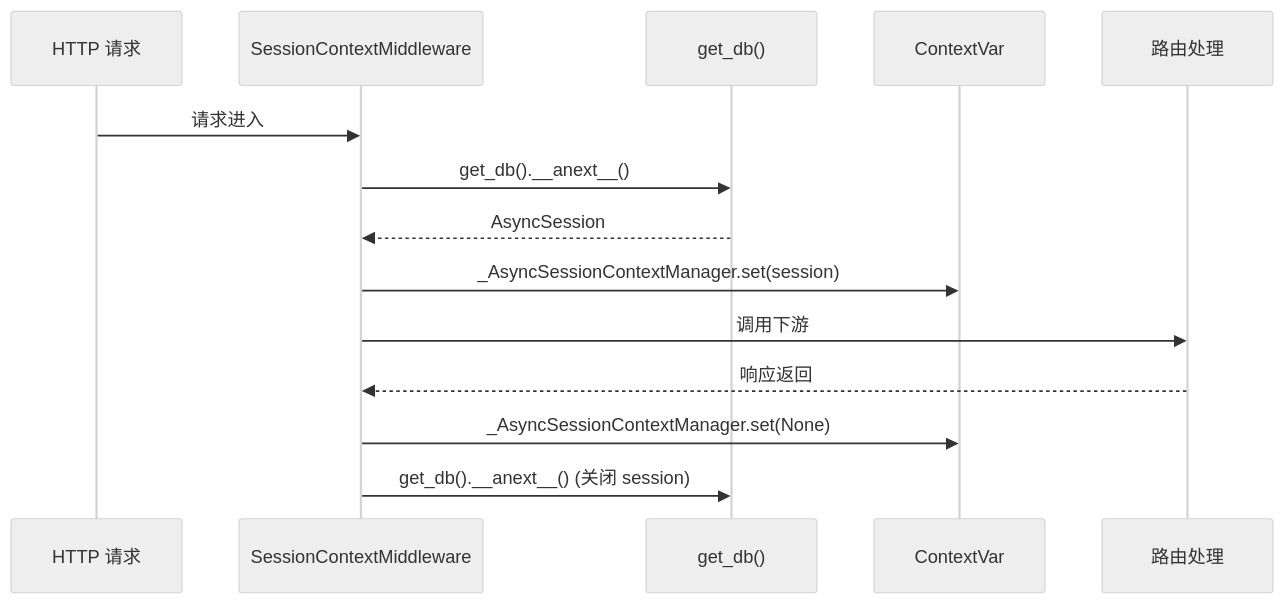
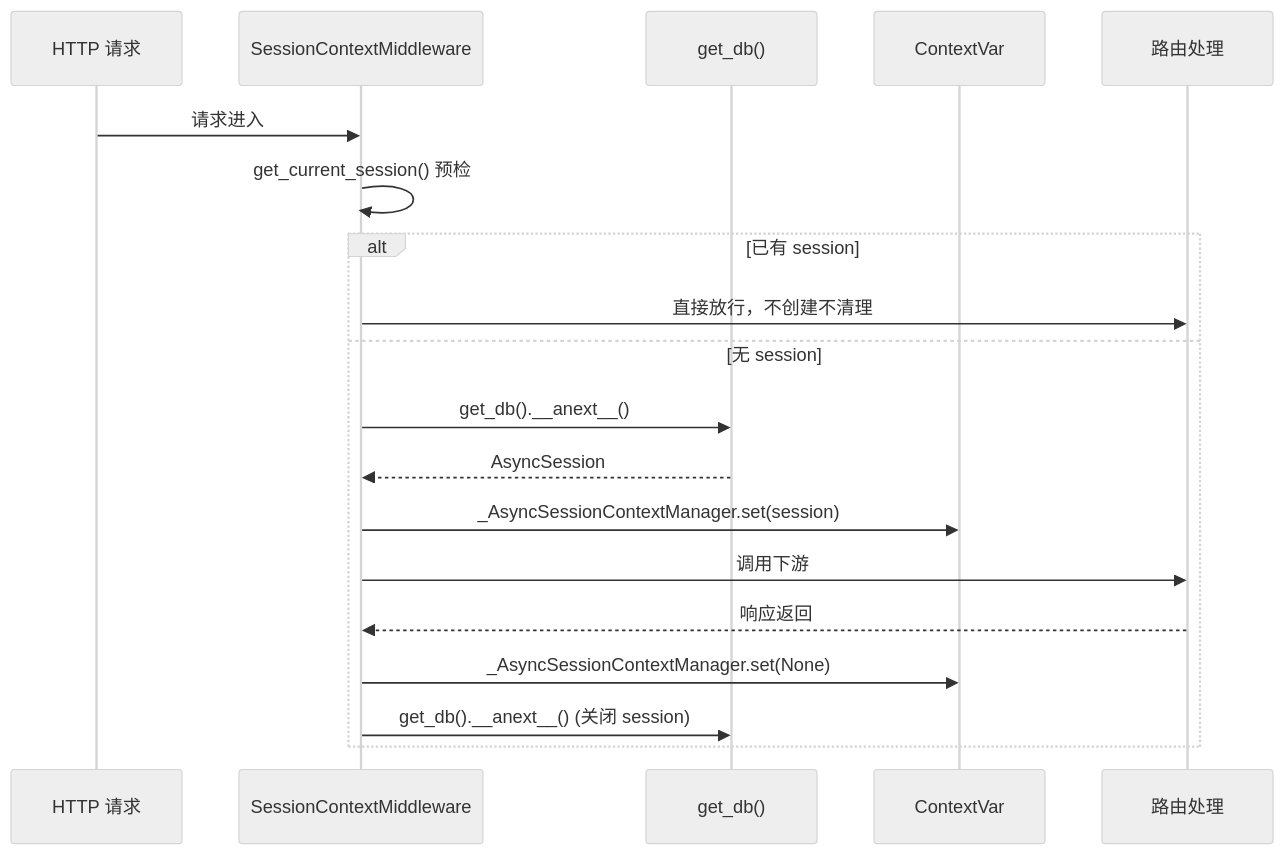
Before and after one commit to jiangwch03/knowledge: the sixth of 6 diagrams in docs/infrastructure/注解式事务管理.md, drawn with Mermaid (neutral theme). The commit also changed other lines of this file and 300 other files, not shown here.

````diff
--- a/docs/infrastructure/注解式事务管理.md
+++ b/docs/infrastructure/注解式事务管理.md
@@ -166,17 +166,22 @@
 ```mermaid
 sequenceDiagram
     participant Req as HTTP 请求
     participant MW as SessionContextMiddleware
     participant DB as get_db()
     participant Ctx as ContextVar
     participant Handler as 路由处理
 
     Req->>MW: 请求进入
-    MW->>DB: get_db().__anext__()
-    DB-->>MW: AsyncSession
-    MW->>Ctx: _AsyncSessionContextManager.set(session)
-    MW->>Handler: 调用下游
-    Handler-->>MW: 响应返回
-    MW->>Ctx: _AsyncSessionContextManager.set(None)
-    MW->>DB: get_db().__anext__() (关闭 session)
+    MW->>MW: get_current_session() 预检
+    alt 已有 session
+        MW->>Handler: 直接放行，不创建不清理
+    else 无 session
+        MW->>DB: get_db().__anext__()
+        DB-->>MW: AsyncSession
+        MW->>Ctx: _AsyncSessionContextManager.set(session)
+        MW->>Handler: 调用下游
+        Handler-->>MW: 响应返回
+        MW->>Ctx: _AsyncSessionContextManager.set(None)
+        MW->>DB: get_db().__anext__() (关闭 session)
+    end
 ```
````
